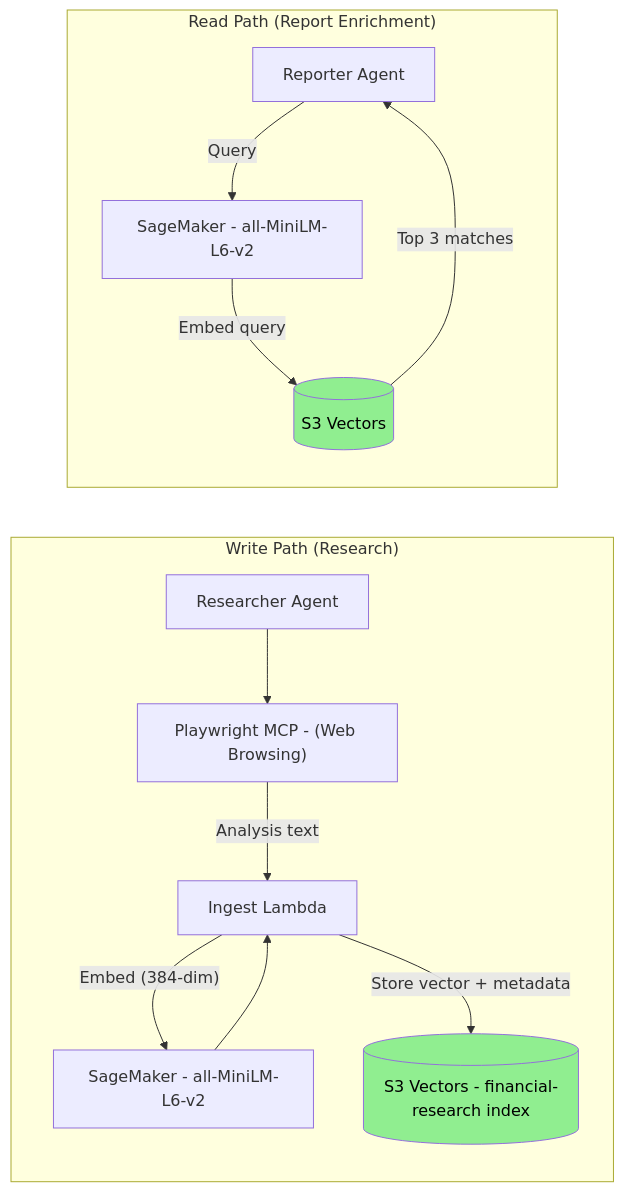
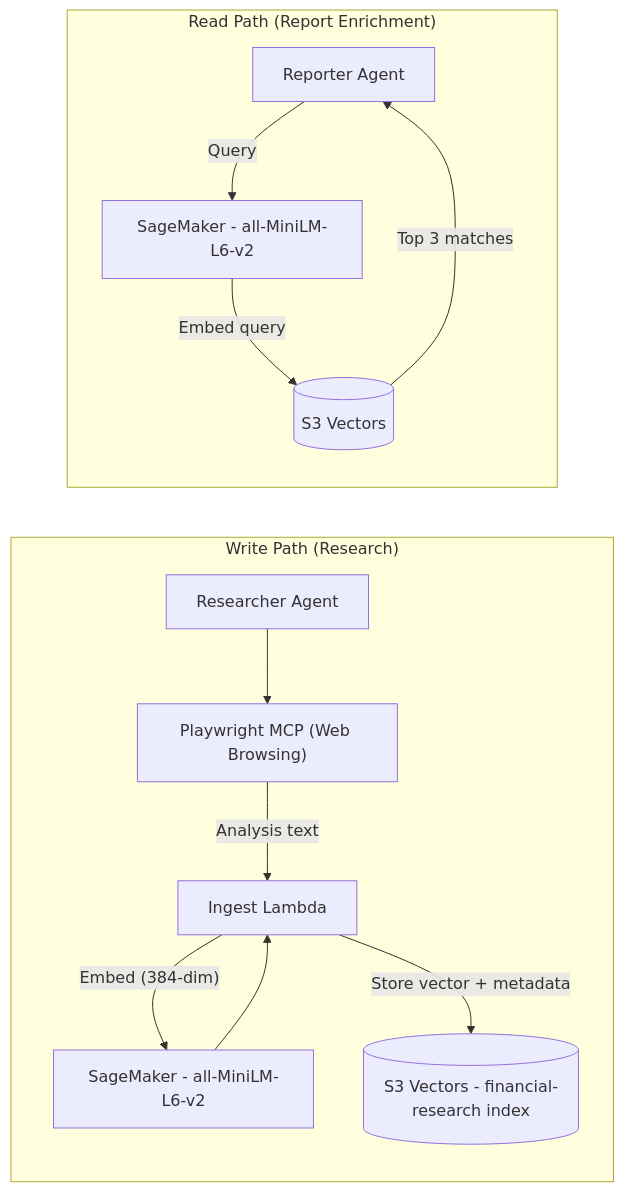
Before and after one commit to Vedant-Jayesh-Oza/Stratos: the third of 4 diagrams in README.md, drawn with Mermaid. The commit also changed other lines of this file, not shown here.

````diff
--- a/README.md
+++ b/README.md
@@ -156,28 +142,25 @@
 ```mermaid
 graph LR
     subgraph WRITE["Write Path (Research)"]
         R["Researcher Agent"]
-        PW["Playwright MCP - (Web Browsing)"]
+        PW["Playwright MCP (Web Browsing)"]
         IG["Ingest Lambda"]
         SM["SageMaker - all-MiniLM-L6-v2"]
         S3V[("S3 Vectors - financial-research index")]
 
         R --> PW
         PW -->|"Analysis text"| IG
         IG -->|"Embed (384-dim)"| SM
         SM --> IG
         IG -->|"Store vector + metadata"| S3V
     end
 
     subgraph READ["Read Path (Report Enrichment)"]
         REP["Reporter Agent"]
         SM2["SageMaker - all-MiniLM-L6-v2"]
         S3V2[("S3 Vectors")]
         REP -->|"Query"| SM2
         SM2 -->|"Embed query"| S3V2
         S3V2 -->|"Top 3 matches"| REP
     end
-
-    style S3V fill:#90EE90,color:#000
-    style S3V2 fill:#90EE90,color:#000
 ```
````
